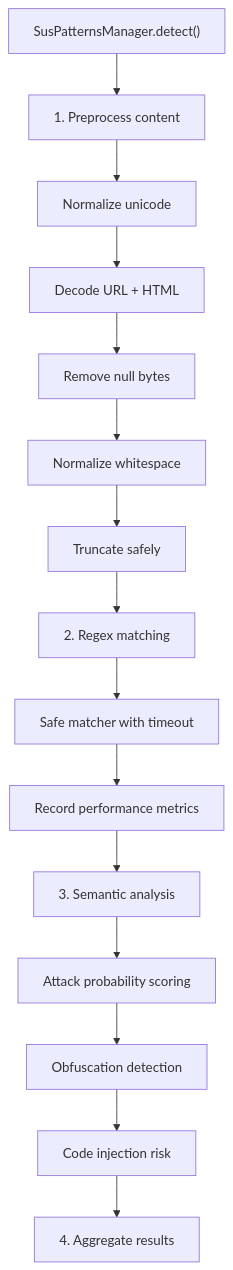
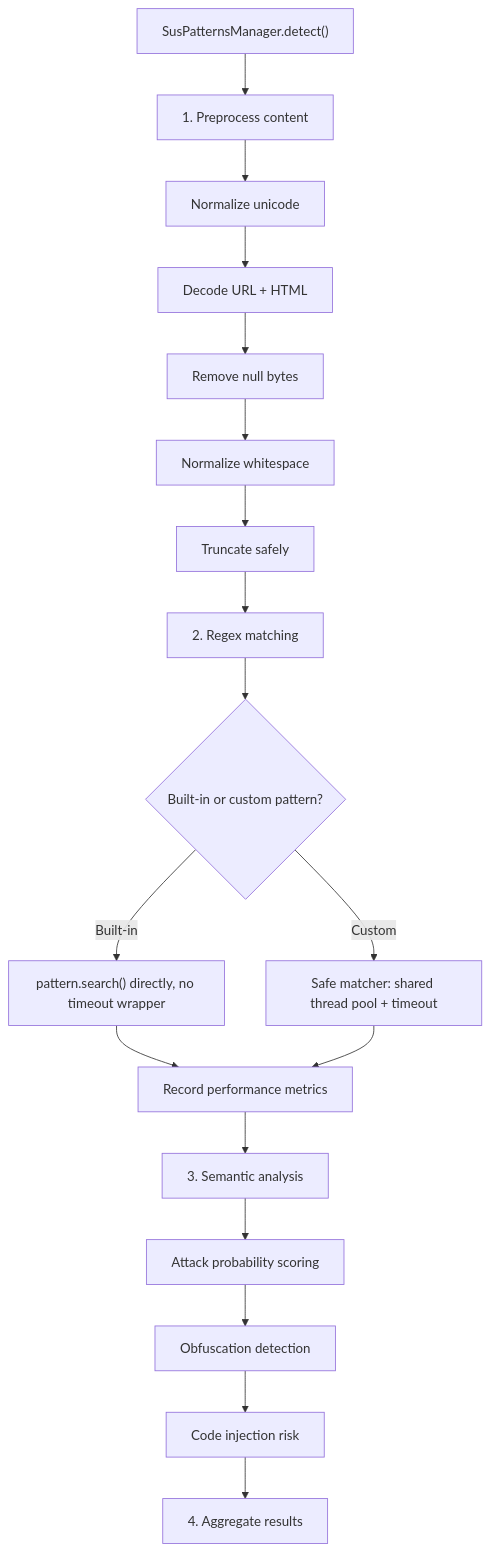
The diagram in docs/internals/detection-engine.md (rennf93/guard-core), drawn with Mermaid before and after one commit. The commit also changed other lines of this file and 71 other files, not shown here.

````diff
--- a/docs/internals/detection-engine.md
+++ b/docs/internals/detection-engine.md
@@ -18,26 +18,30 @@
 ```mermaid
 flowchart TD
     DETECT["SusPatternsManager.detect()"]
     PREPROCESS["1. Preprocess content"]
     NORM["Normalize unicode"]
     DECODE["Decode URL + HTML"]
     NULL["Remove null bytes"]
     WHITESPACE["Normalize whitespace"]
     TRUNCATE["Truncate safely"]
     REGEX["2. Regex matching"]
-    SAFE["Safe matcher with timeout"]
+    KIND{"Built-in or custom pattern?"}
+    DIRECT["pattern.search() directly, no timeout wrapper"]
+    SAFE["Safe matcher: shared thread pool + timeout"]
     PERF["Record performance metrics"]
     SEMANTIC["3. Semantic analysis"]
     PROB["Attack probability scoring"]
     OBFUSC["Obfuscation detection"]
     INJECT["Code injection risk"]
     AGG["4. Aggregate results"]
 
     DETECT --> PREPROCESS
     PREPROCESS --> NORM --> DECODE --> NULL --> WHITESPACE --> TRUNCATE
     TRUNCATE --> REGEX
-    REGEX --> SAFE --> PERF
+    REGEX --> KIND
+    KIND -- Built-in --> DIRECT --> PERF
+    KIND -- Custom --> SAFE --> PERF
     PERF --> SEMANTIC
     SEMANTIC --> PROB --> OBFUSC --> INJECT
     INJECT --> AGG
 ```
````
